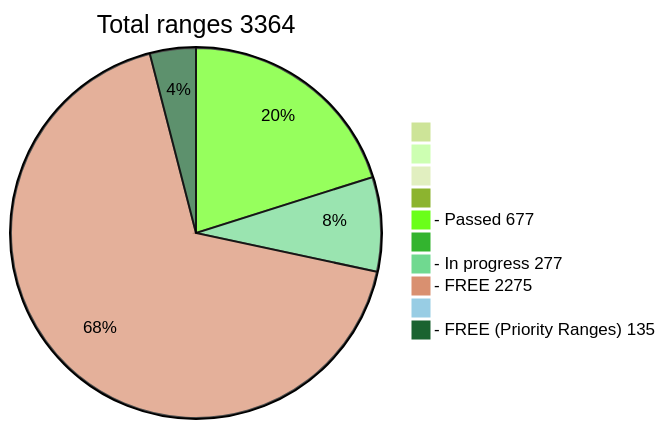
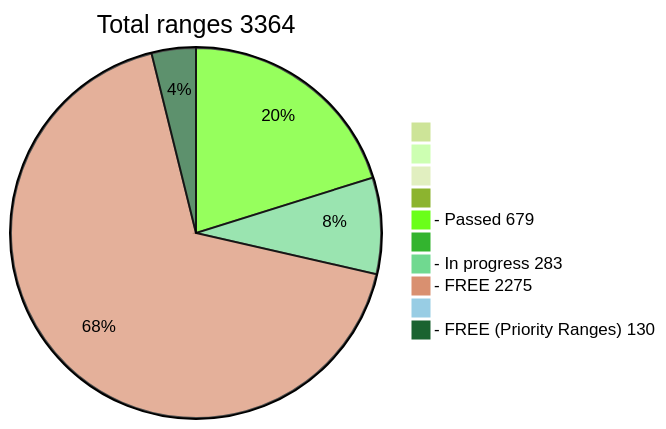
The diagram in README.md (phrutis/wif500), drawn with Mermaid (forest theme) before and after one commit.

````diff
--- a/README.md
+++ b/README.md
@@ -16,13 +16,13 @@
 ```mermaid
 pie title Total ranges 3364
              " " : 0
             "  " : 0
            "   " : 0
           "    " : 0
-  "- Passed 677" : 677
+  "- Passed 679" : 679
          "     " : 0
-  "- In progress 277" : 277
+  "- In progress 283" : 283
    "- FREE 2275" : 2275
         "      " : 0
-  "- FREE (Priority Ranges) 135" : 135
+  "- FREE (Priority Ranges) 130" : 130
 ```
````
